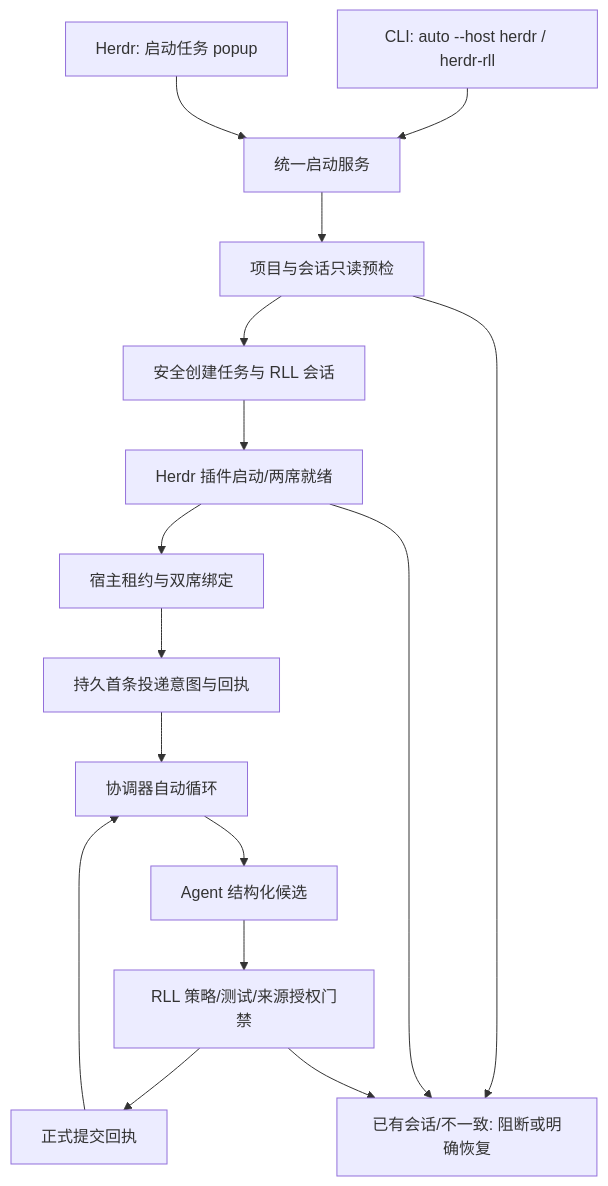
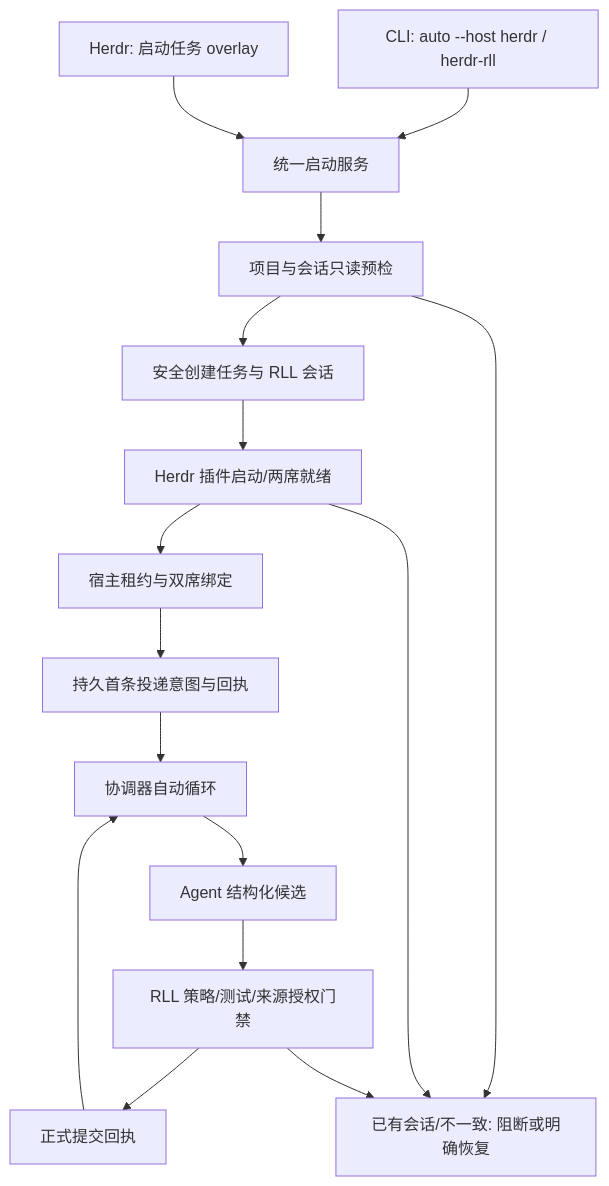
Before and after one commit to yueweilu/Ralph-Lisa-Loop: the diagram in docs/herdr/herdr-auto-task-launch-implementation-2026-11-06.md, drawn with Mermaid. The commit also changed other lines of this file and 1 other file, not shown here.

Commit message:
docs(herdr): record launch context and source observation probe

````diff
--- a/docs/herdr/herdr-auto-task-launch-implementation-2026-11-06.md
+++ b/docs/herdr/herdr-auto-task-launch-implementation-2026-11-06.md
@@ -103,18 +103,18 @@
 ```mermaid
 flowchart TD
     C[CLI: auto --host herdr / herdr-rll] --> L[统一启动服务]
-    U[Herdr: 启动任务 popup] --> L
+    U[Herdr: 启动任务 overlay] --> L
     L --> P[项目与会话只读预检]
     P --> I[安全创建任务与 RLL 会话]
     I --> H[Herdr 插件启动/两席就绪]
     H --> B[宿主租约与双席绑定]
     B --> D[持久首条投递意图与回执]
     D --> A[协调器自动循环]
     A --> Q[Agent 结构化候选]
     Q --> G[RLL 策略/测试/来源授权门禁]
     G --> R[正式提交回执]
     R --> A
     P --> X[已有会话/不一致: 阻断或明确恢复]
     H --> X
     G --> X
 ```
````
